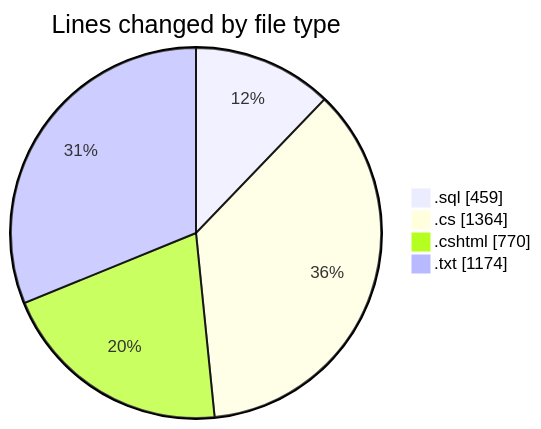
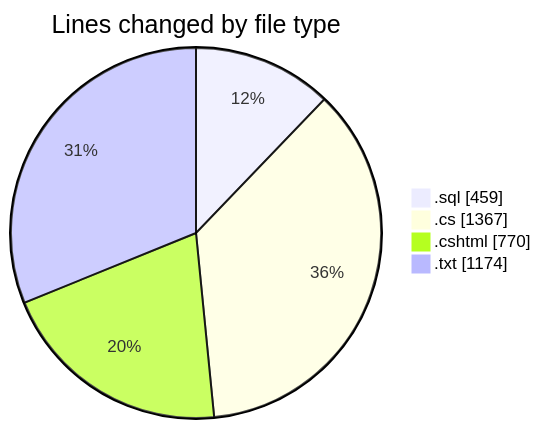
The first of 2 diagrams in 2025-07-23/quanlyrapchieuphim/README.md (lephambinh05/code-tracking), drawn with Mermaid before and after one commit. The commit also changed other lines of this file and 1 other file, not shown here.

````diff
--- a/2025-07-23/quanlyrapchieuphim/README.md
+++ b/2025-07-23/quanlyrapchieuphim/README.md
@@ -29,8 +29,8 @@
 ```mermaid
 pie showData
 title Lines changed by file type
 ".sql" : 459
-".cs" : 1364
+".cs" : 1367
 ".cshtml" : 770
 ".txt" : 1174
 ```
````
